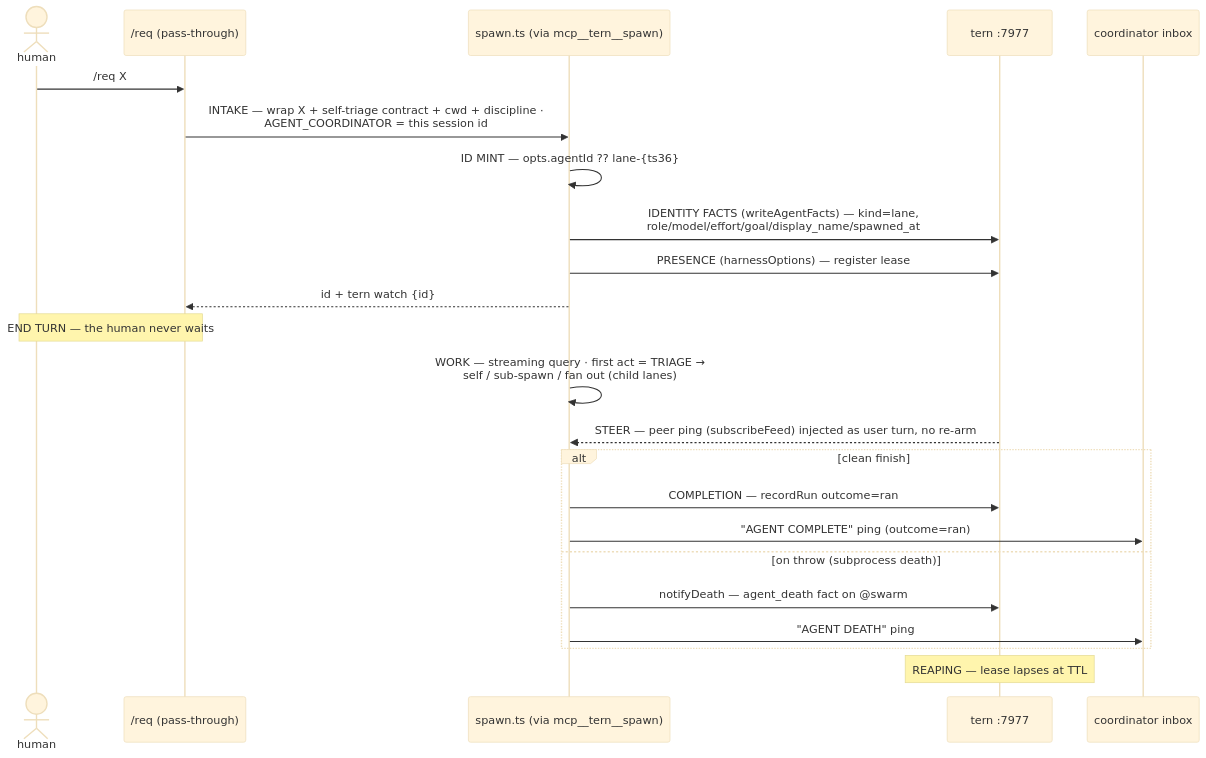
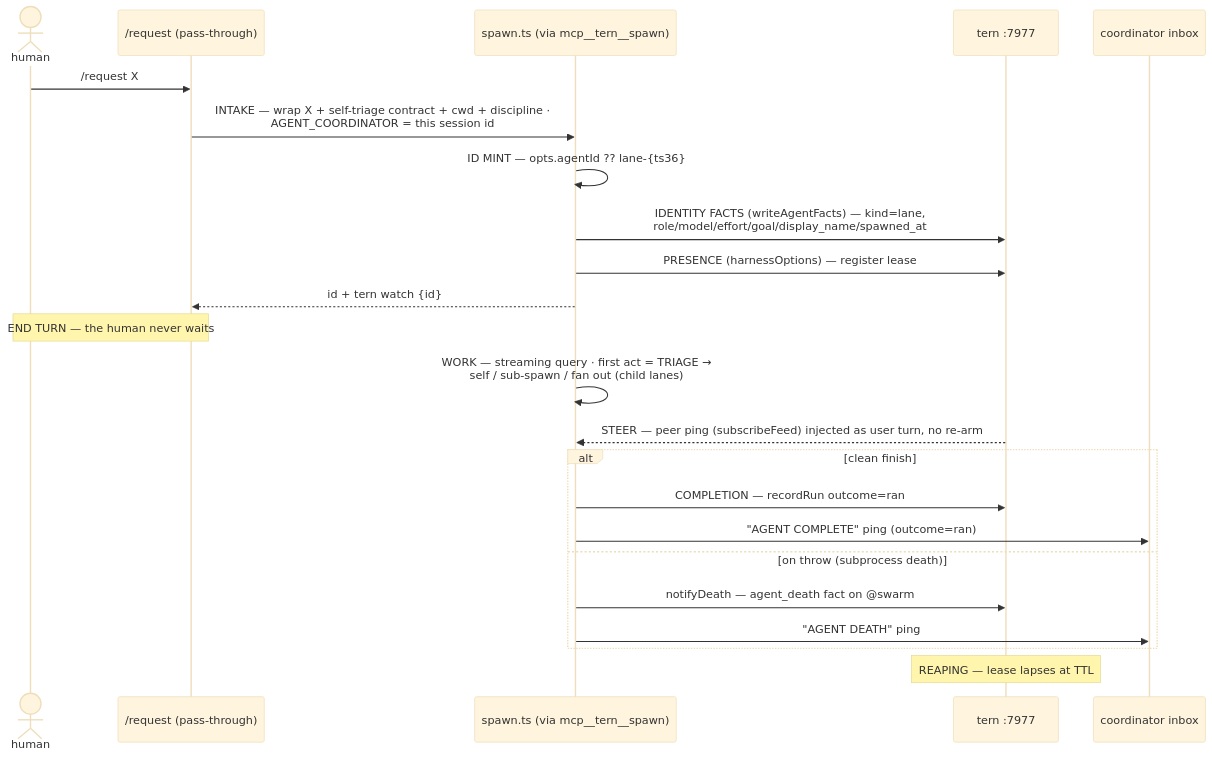
One commit to tompassarelli/firn changed the fourth of 10 diagrams in dotfiles/claude/docs/workflow-map.md. Above: the diagram before and after it, drawn with Mermaid (base theme). The commit also changed other lines of this file, not shown here.

Commit message:
docs(workflow-map): tern req -> tern request; /req -> /request (verb renamed, full-word preference)

````diff
--- a/dotfiles/claude/docs/workflow-map.md
+++ b/dotfiles/claude/docs/workflow-map.md
@@ -142,25 +142,25 @@
 ```mermaid
 sequenceDiagram
     actor H as human
-    participant R as /req (pass-through)
+    participant R as /request (pass-through)
     participant SP as spawn.ts (via mcp__tern__spawn)
     participant T as tern :7977
     participant CO as coordinator inbox
-    H->>R: /req X
+    H->>R: /request X
     R->>SP: INTAKE — wrap X + self-triage contract + cwd + discipline ·<br/>AGENT_COORDINATOR = this session id
     SP->>SP: ID MINT — opts.agentId ?? lane-{ts36}
     SP->>T: IDENTITY FACTS (writeAgentFacts) — kind=lane,<br/>role/model/effort/goal/display_name/spawned_at
     SP->>T: PRESENCE (harnessOptions) — register lease
     SP-->>R: id + tern watch {id}
     Note over H,R: END TURN — the human never waits
     SP->>SP: WORK — streaming query · first act = TRIAGE →<br/>self / sub-spawn / fan out (child lanes)
     T-->>SP: STEER — peer ping (subscribeFeed) injected as user turn, no re-arm
     alt clean finish
         SP->>T: COMPLETION — recordRun outcome=ran
         SP->>CO: "AGENT COMPLETE" ping (outcome=ran)
     else on throw (subprocess death)
         SP->>T: notifyDeath — agent_death fact on @swarm
         SP->>CO: "AGENT DEATH" ping
     end
     Note over T: REAPING — lease lapses at TTL
 ```
````
